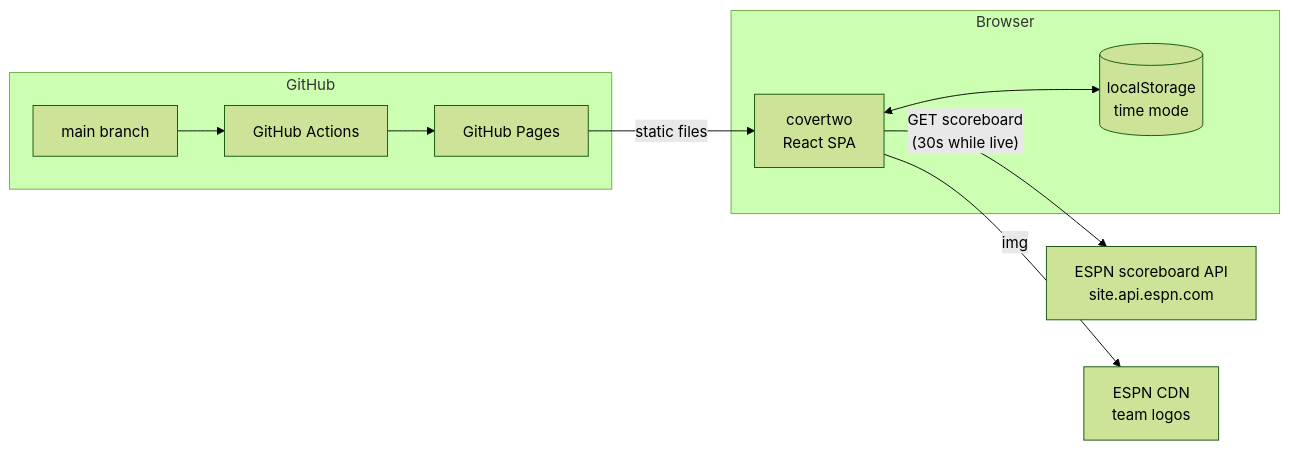
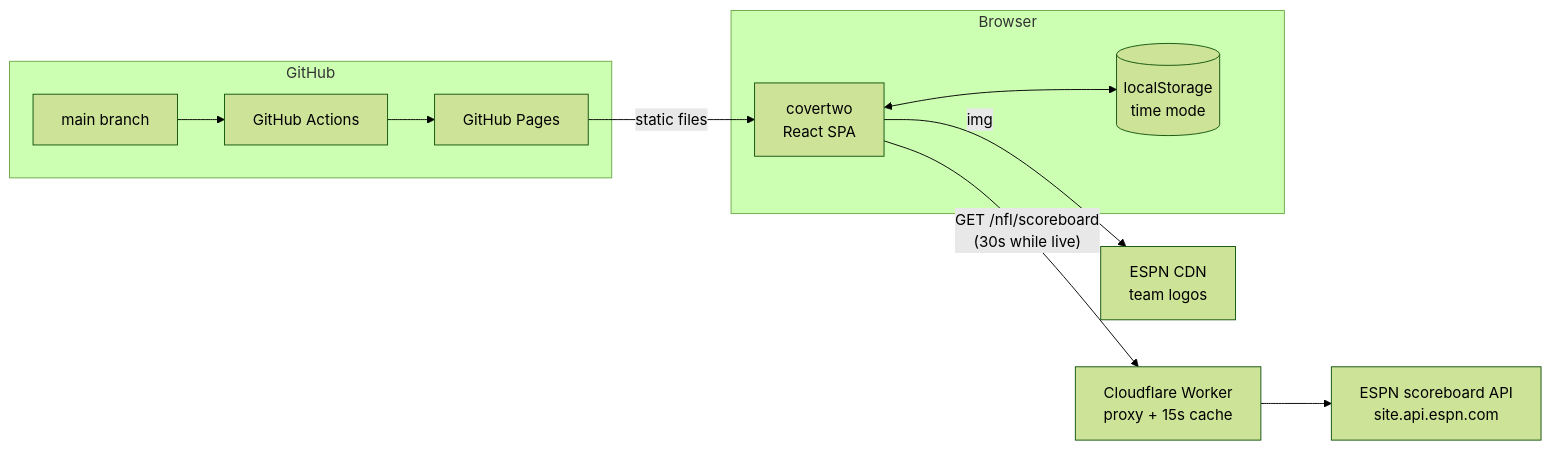
Before and after one commit to moudlajs/covertwo: the first of 3 diagrams in README.md, drawn with Mermaid (forest theme). The commit also changed other lines of this file and 13 other files, not shown here.

First line of the commit message:
feat: Cloudflare Worker proxy for the ESPN API (#97)

````diff
--- a/README.md
+++ b/README.md
@@ -22,16 +23,18 @@
 ```mermaid
 flowchart LR
   subgraph Browser
     App[covertwo<br/>React SPA]
     LS[(localStorage<br/>time mode)]
   end
+  Worker[Cloudflare Worker<br/>proxy + 15s cache]
   ESPN[ESPN scoreboard API<br/>site.api.espn.com]
   CDN[ESPN CDN<br/>team logos]
   subgraph GitHub
     Repo[main branch] --> Actions[GitHub Actions] --> Pages[GitHub Pages]
   end
   Pages -- static files --> App
-  App -- "GET scoreboard<br/>(30s while live)" --> ESPN
+  App -- "GET /nfl/scoreboard<br/>(30s while live)" --> Worker
+  Worker --> ESPN
   App -- img --> CDN
   App <--> LS
 ```
````
